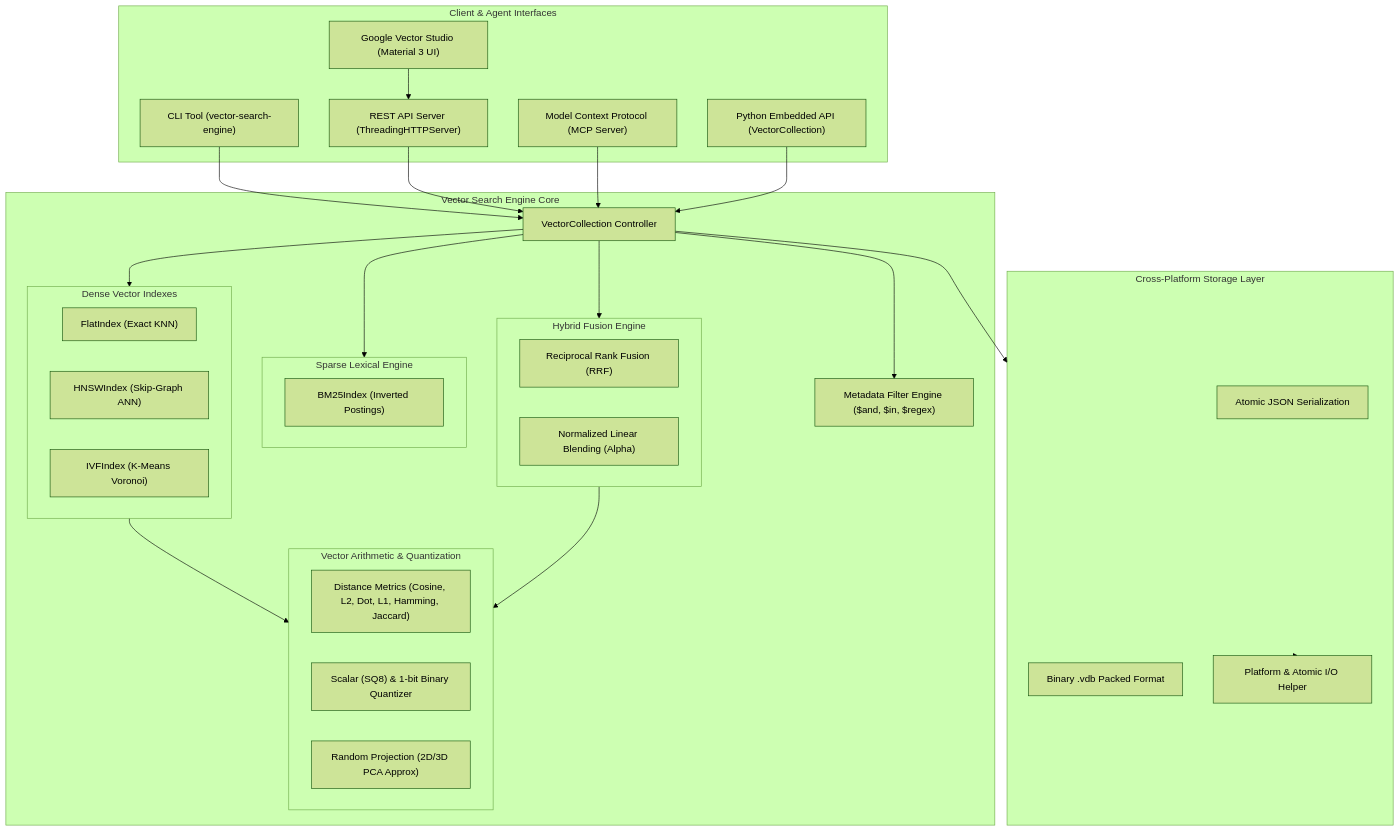
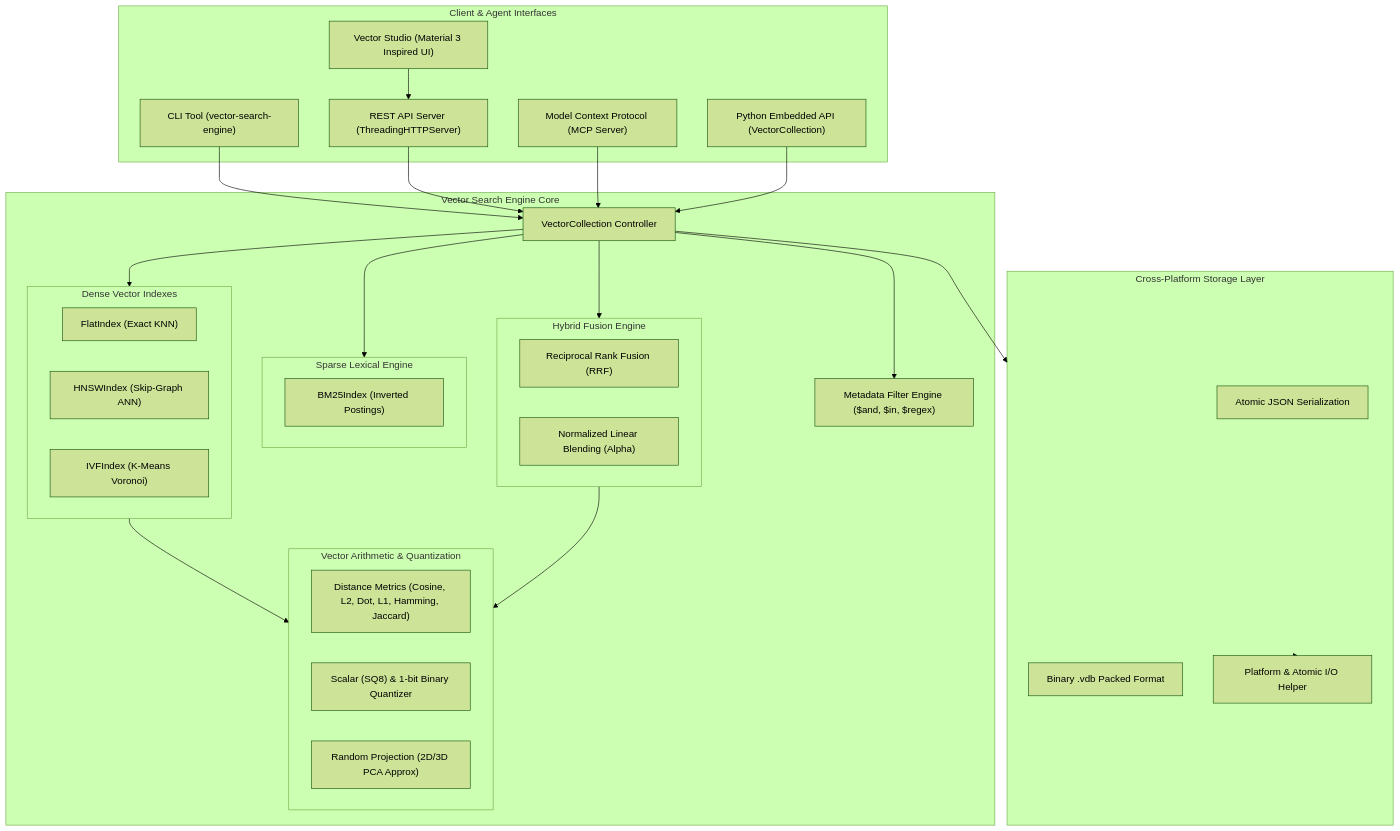
Before and after one commit to 1nc0gn30/vector-search-engine: the diagram in README.md, drawn with Mermaid (forest theme). The commit also changed other lines of this file and 4 other files, not shown here.

Commit message:
refactor(branding): rebrand to Vector Studio with Material 3 design attribution

````diff
--- a/README.md
+++ b/README.md
@@ -49,58 +49,58 @@
 ```mermaid
 flowchart TD
     subgraph ClientInterfaces["Client & Agent Interfaces"]
         CLI["CLI Tool (vector-search-engine)"]
-        Studio["Google Vector Studio (Material 3 UI)"]
+        Studio["Vector Studio (Material 3 Inspired UI)"]
         MCP["Model Context Protocol (MCP Server)"]
         REST["REST API Server (ThreadingHTTPServer)"]
         PyAPI["Python Embedded API (VectorCollection)"]
     end
 
     subgraph CoreEngine["Vector Search Engine Core"]
         Col["VectorCollection Controller"]
         MetaFilter["Metadata Filter Engine ($and, $in, $regex)"]
         
         subgraph Indexes["Dense Vector Indexes"]
             Flat["FlatIndex (Exact KNN)"]
             HNSW["HNSWIndex (Skip-Graph ANN)"]
             IVF["IVFIndex (K-Means Voronoi)"]
         end
 
         subgraph SparseEngine["Sparse Lexical Engine"]
             BM25["BM25Index (Inverted Postings)"]
         end
 
         subgraph Fusion["Hybrid Fusion Engine"]
             RRF["Reciprocal Rank Fusion (RRF)"]
             Linear["Normalized Linear Blending (Alpha)"]
         end
 
         subgraph Math["Vector Arithmetic & Quantization"]
             Dist["Distance Metrics (Cosine, L2, Dot, L1, Hamming, Jaccard)"]
             Quant["Scalar (SQ8) & 1-bit Binary Quantizer"]
             Proj["Random Projection (2D/3D PCA Approx)"]
         end
     end
 
     subgraph Persistence["Cross-Platform Storage Layer"]
         JSONStore["Atomic JSON Serialization"]
         BinStore["Binary .vdb Packed Format"]
         Compat["Platform & Atomic I/O Helper"]
     end
 
     CLI --> Col
     Studio --> REST
     REST --> Col
     MCP --> Col
     PyAPI --> Col
 
     Col --> MetaFilter
     Col --> Indexes
     Col --> SparseEngine
     Col --> Fusion
     Indexes --> Math
     Fusion --> Math
 
     Col --> Persistence
     Persistence --> Compat
 ```
````
